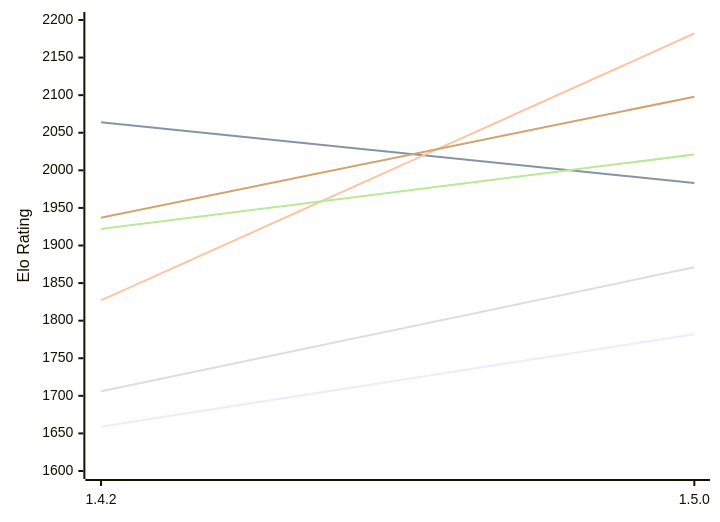
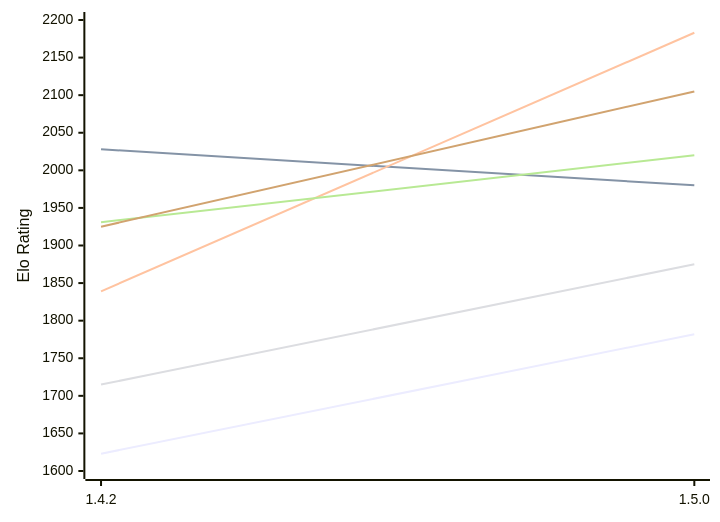
The first of 2 diagrams in engines/Zeppelin.md (computer-chess-index/cci), drawn with Mermaid before and after one commit. The commit also changed other lines of this file, not shown here.

Commit message:
Update CCI Ratings (ELO VLTC) - 2026-11-17

````diff
--- a/engines/Zeppelin.md
+++ b/engines/Zeppelin.md
@@ -57,12 +57,12 @@
 ```mermaid
 %%{init: {"theme":"base","themeVariables":{"seriesColors:['#a3a3a3','#222221','#faa371']}}}%%
 xychart-beta
   x-axis ["1.4.2", "1.5.0"]
   y-axis "Elo Rating" 1600 --> 2200
-  line "E1: STC (8.0+0.08s)" [1659, 1782]
-  line "E1: LTC (60.0+0.60s)" [2064, 1983]
-  line "E1: VLTC (2m24s+1.12s)" [1827, 2182]
-  line "P1: STC (8.0+0.08s)" [1706, 1871]
-  line "P1: LTC (60.0+0.60s)" [1922, 2021]
-  line "P1: VLTC (2m24s+1.12s)" [1937, 2098]
+  line "E1: STC (8.0+0.08s)" [1623, 1782]
+  line "E1: LTC (60.0+0.60s)" [2028, 1980]
+  line "E1: VLTC (2m24s+1.12s)" [1839, 2183]
+  line "P1: STC (8.0+0.08s)" [1715, 1875]
+  line "P1: LTC (60.0+0.60s)" [1931, 2020]
+  line "P1: VLTC (2m24s+1.12s)" [1925, 2105]
 ```
````
